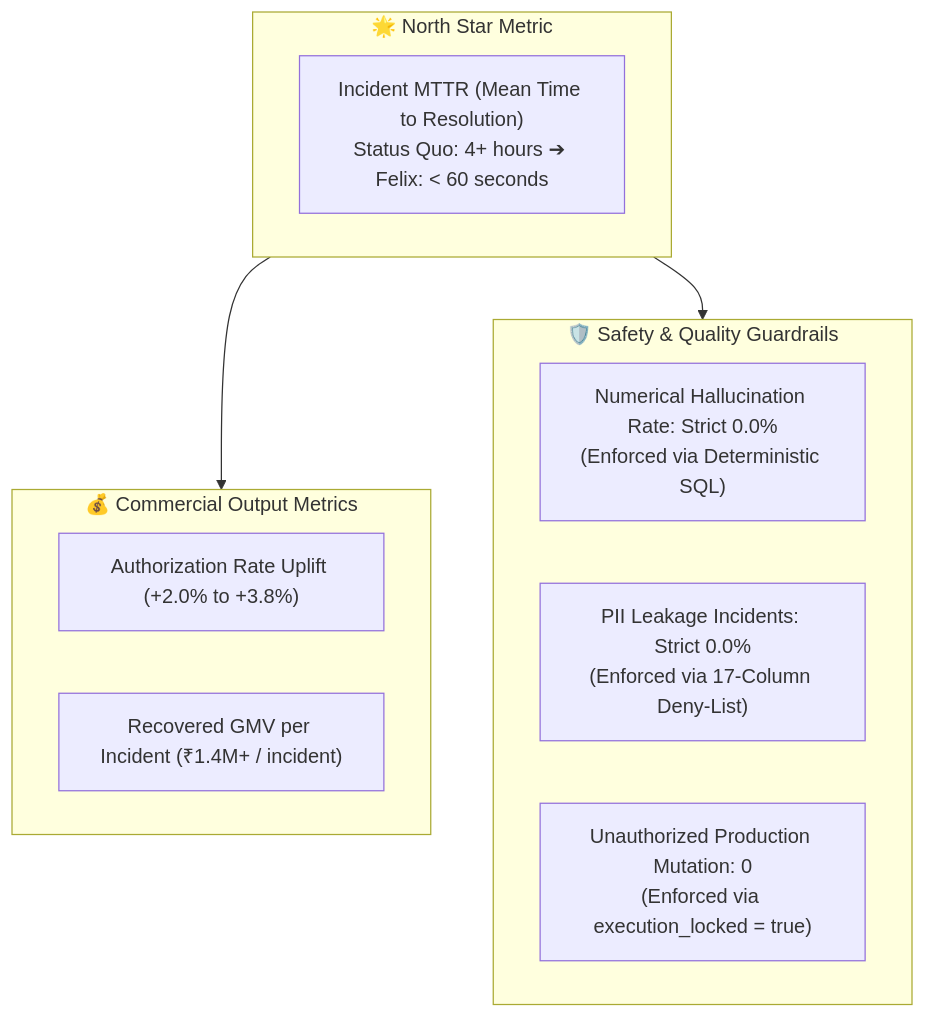
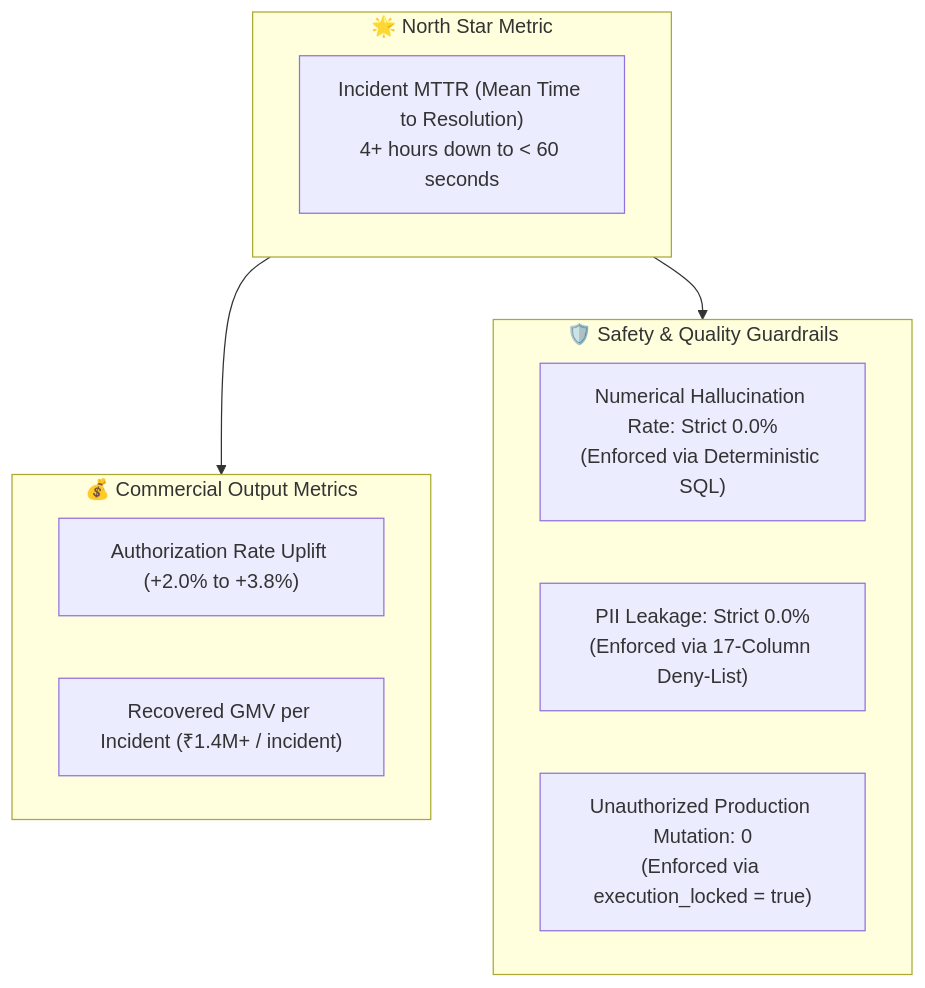
One commit to piyush07rai/felix-payments-agent changed the second of 3 diagrams in README.md. Above: the diagram before and after it, drawn with Mermaid. The commit also changed other lines of this file, not shown here.

````diff
--- a/README.md
+++ b/README.md
@@ -99,20 +119,20 @@
 ```mermaid
 flowchart TD
     subgraph NorthStar["🌟 North Star Metric"]
-        MTTR["Incident MTTR (Mean Time to Resolution)\nStatus Quo: 4+ hours ➔ Felix: < 60 seconds"]
+        MTTR["Incident MTTR (Mean Time to Resolution)\n4+ hours down to < 60 seconds"]
     end
 
     subgraph CommercialMetrics["💰 Commercial Output Metrics"]
         AuthLift["Authorization Rate Uplift (+2.0% to +3.8%)"]
         RecoveredGMV["Recovered GMV per Incident (₹1.4M+ / incident)"]
     end
 
     subgraph GuardrailMetrics["🛡️ Safety & Quality Guardrails"]
         ZeroHallucination["Numerical Hallucination Rate: Strict 0.0%\n(Enforced via Deterministic SQL)"]
-        ZeroPII["PII Leakage Incidents: Strict 0.0%\n(Enforced via 17-Column Deny-List)"]
+        ZeroPII["PII Leakage: Strict 0.0%\n(Enforced via 17-Column Deny-List)"]
         ActionSafety["Unauthorized Production Mutation: 0\n(Enforced via execution_locked = true)"]
     end
 
     NorthStar --> CommercialMetrics
     NorthStar --> GuardrailMetrics
 ```
````
